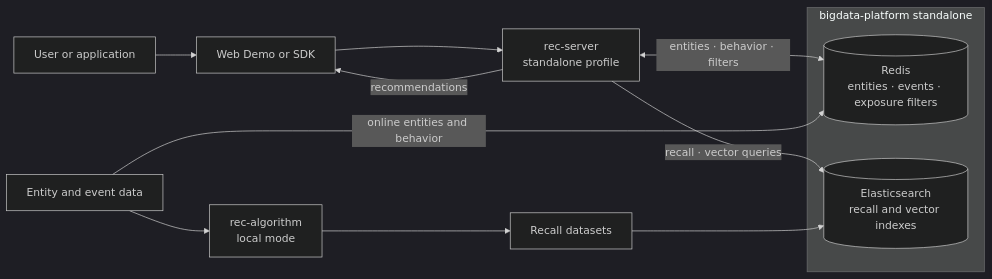
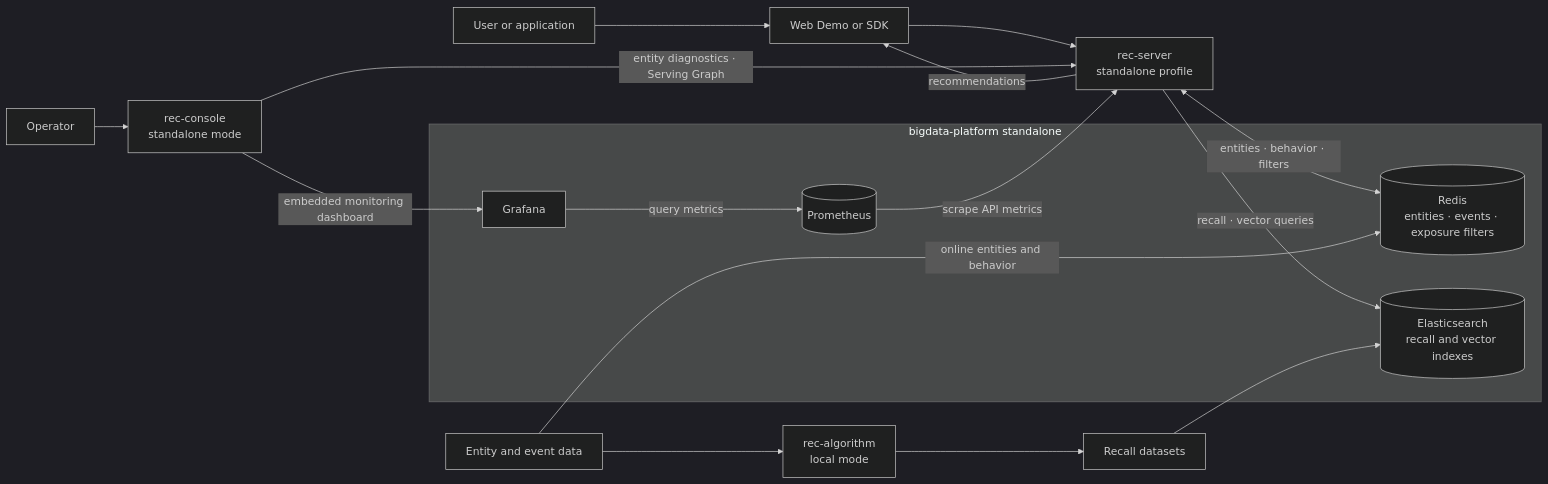
Before and after one commit to open-rec/.github: the first of 3 diagrams in profile/README.md, drawn with Mermaid (dark theme). The commit also changed other lines of this file, not shown here.

Commit message:
update flow chart

````diff
--- a/profile/README.md
+++ b/profile/README.md
@@ -26,19 +26,27 @@
 ```mermaid
 flowchart LR
     User[User or application] --> Web[Web Demo or SDK]
     Web --> API[rec-server<br/>standalone profile]
 
     subgraph Storage[bigdata-platform standalone]
         Redis[(Redis<br/>entities · events · exposure filters)]
         ES[(Elasticsearch<br/>recall and vector indexes)]
+        Prometheus[(Prometheus)]
+        Grafana[Grafana]
     end
+
+    Operator[Operator] --> Console[rec-console<br/>standalone mode]
 
     API <-->|entities · behavior · filters| Redis
     API -->|recall · vector queries| ES
     API -->|recommendations| Web
-
+    Prometheus -->|scrape API metrics| API
+    Grafana -->|query metrics| Prometheus
     Source[Entity and event data] --> Algorithm[rec-algorithm<br/>local mode]
     Source -->|online entities and behavior| Redis
     Algorithm --> Dataset[Recall datasets]
     Dataset --> ES
+
+    Console -->|entity diagnostics · Serving Graph| API
+    Console -->|embedded monitoring dashboard| Grafana
 ```
````
